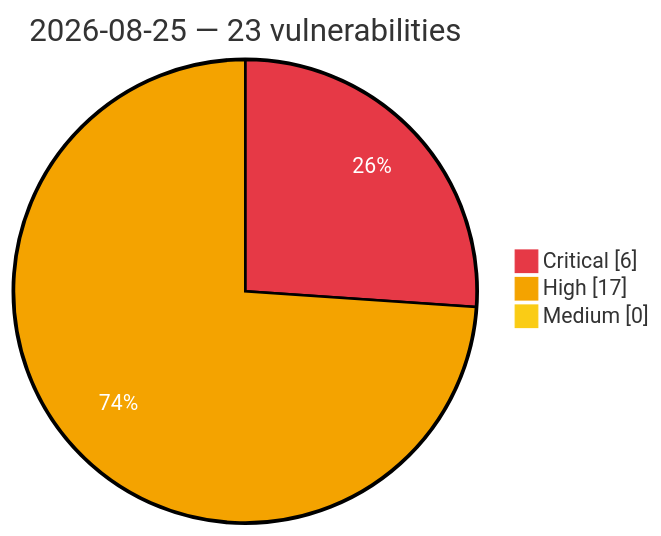
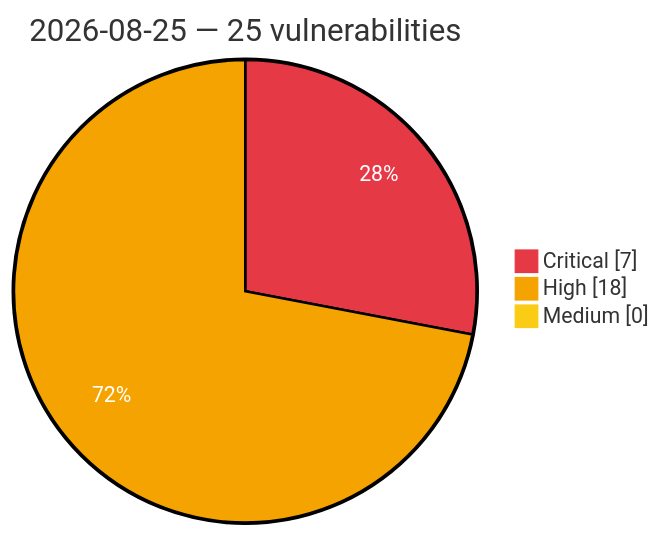
Before and after one commit to GhostX0X/vuln-tracker: the diagram in vulnerabilities/2026/August/2026-08-25.md, drawn with Mermaid. The commit also changed other lines of this file and 5 other files, not shown here.

Commit message:
Auto update: critical/high vulns (2026-08-25 05:47 UTC)

````diff
--- a/vulnerabilities/2026/August/2026-08-25.md
+++ b/vulnerabilities/2026/August/2026-08-25.md
@@ -3,8 +3,8 @@
 ```mermaid
 %%{init: {'theme':'base', 'themeVariables': {'pie1':'#e63946', 'pie2':'#f4a300', 'pie3':'#facc15', 'pieOpacity':'1', 'pieOuterStrokeWidth':'2px', 'pieSectionTextColor':'#ffffff'}}}%%
 pie showData
-    title 2026-08-25 — 23 vulnerabilities
-    "Critical" : 6
-    "High" : 17
+    title 2026-08-25 — 25 vulnerabilities
+    "Critical" : 7
+    "High" : 18
     "Medium" : 0
 ```
````
